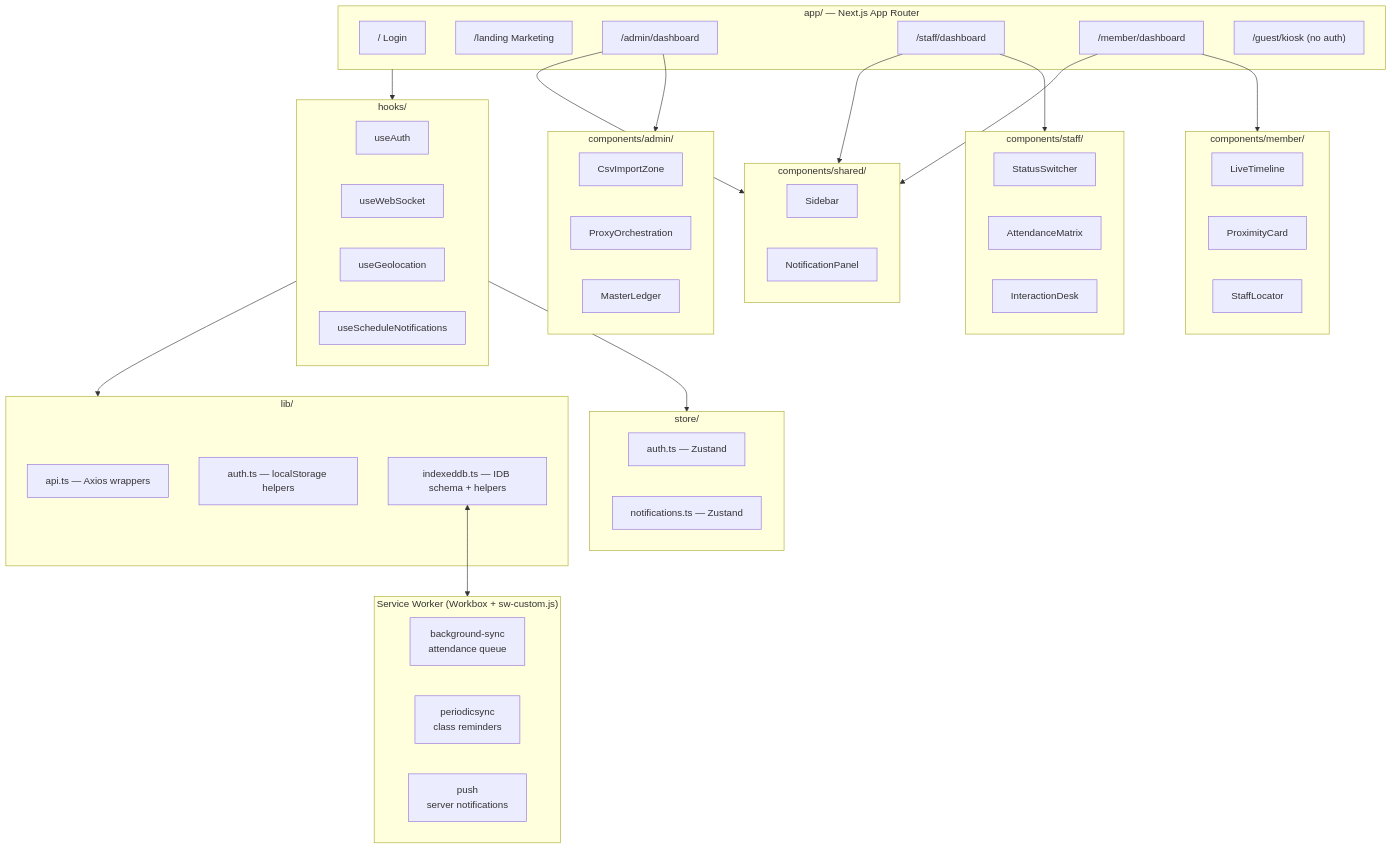
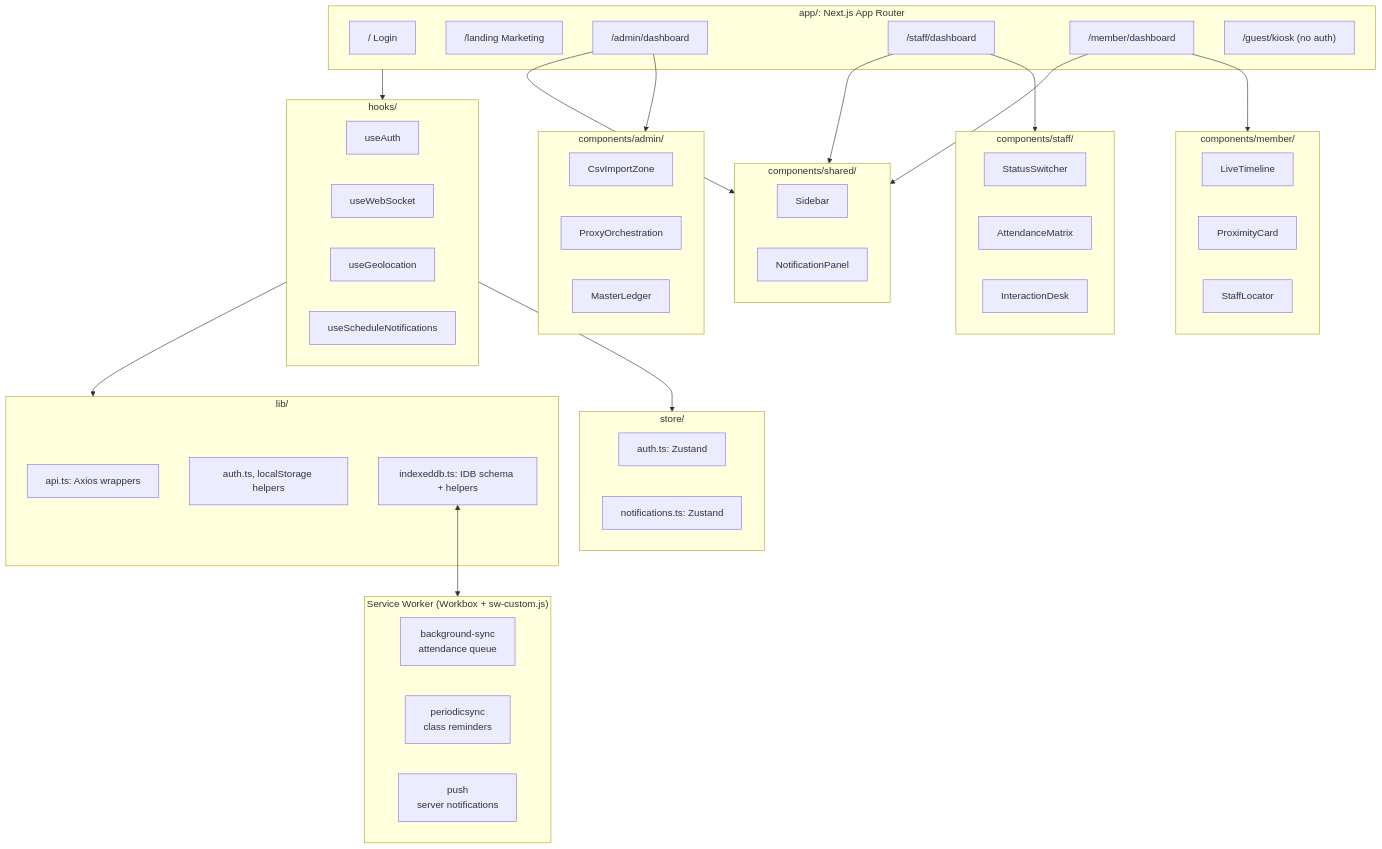
The fifth of 5 diagrams in docs/architecture.md (Life-Experimentalist/Chronos-Ledger), drawn with Mermaid before and after one commit. The commit also changed other lines of this file and 51 other files, not shown here.

````diff
--- a/docs/architecture.md
+++ b/docs/architecture.md
@@ -175,66 +175,66 @@
 ```mermaid
 graph TD
-    subgraph Pages["app/ — Next.js App Router"]
+    subgraph Pages["app/: Next.js App Router"]
         Login["/  Login"]
         Landing["/landing  Marketing"]
         Admin["/admin/dashboard"]
         Staff["/staff/dashboard"]
         Member["/member/dashboard"]
         Kiosk["/guest/kiosk  (no auth)"]
     end
 
     subgraph Shared["components/shared/"]
         Sidebar
         NotificationPanel
     end
 
     subgraph FComp["components/staff/"]
         StatusSwitcher
         AttendanceMatrix
         InteractionDesk
     end
 
     subgraph SComp["components/member/"]
         LiveTimeline
         ProximityCard
         StaffLocator
     end
 
     subgraph AComp["components/admin/"]
         CsvImportZone
         ProxyOrchestration
         MasterLedger
     end
 
     subgraph Hooks["hooks/"]
         useAuth
         useWebSocket
         useGeolocation
         useScheduleNotifications
     end
 
     subgraph Lib["lib/"]
-        api["api.ts — Axios wrappers"]
-        auth["auth.ts — localStorage helpers"]
-        idb["indexeddb.ts — IDB schema + helpers"]
+        api["api.ts: Axios wrappers"]
+        auth["auth.ts, localStorage helpers"]
+        idb["indexeddb.ts: IDB schema + helpers"]
     end
 
     subgraph Store["store/"]
-        authStore["auth.ts — Zustand"]
-        notifStore["notifications.ts — Zustand"]
+        authStore["auth.ts: Zustand"]
+        notifStore["notifications.ts: Zustand"]
     end
 
     subgraph SW["Service Worker (Workbox + sw-custom.js)"]
         BGSync[background-sync<br/>attendance queue]
         PeriodicSync[periodicsync<br/>class reminders]
         Push[push<br/>server notifications]
     end
 
     Admin & Staff & Member --> Shared
     Staff --> FComp
     Member --> SComp
     Admin --> AComp
     Pages --> Hooks
     Hooks --> Lib & Store
     idb <--> SW
 ```
````
